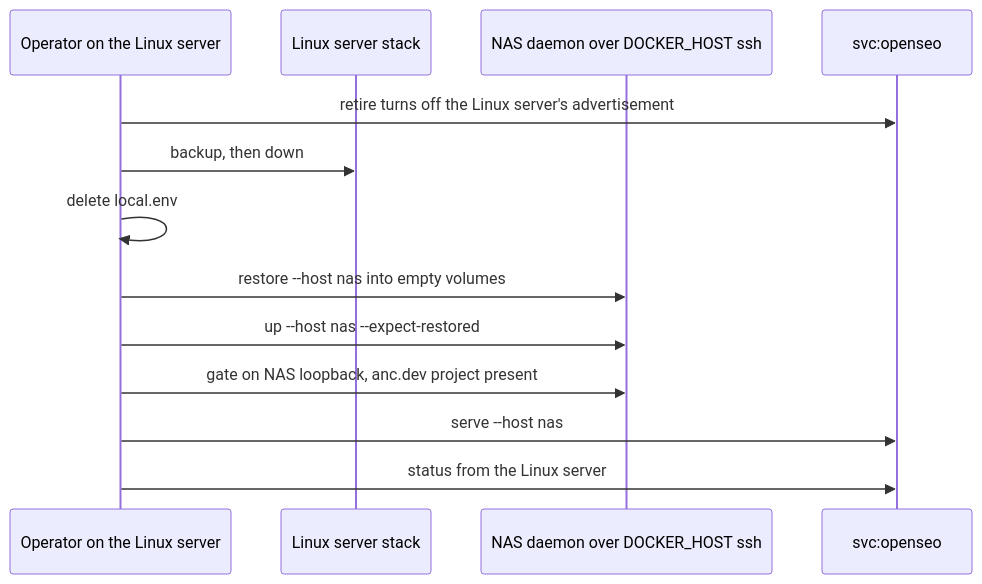
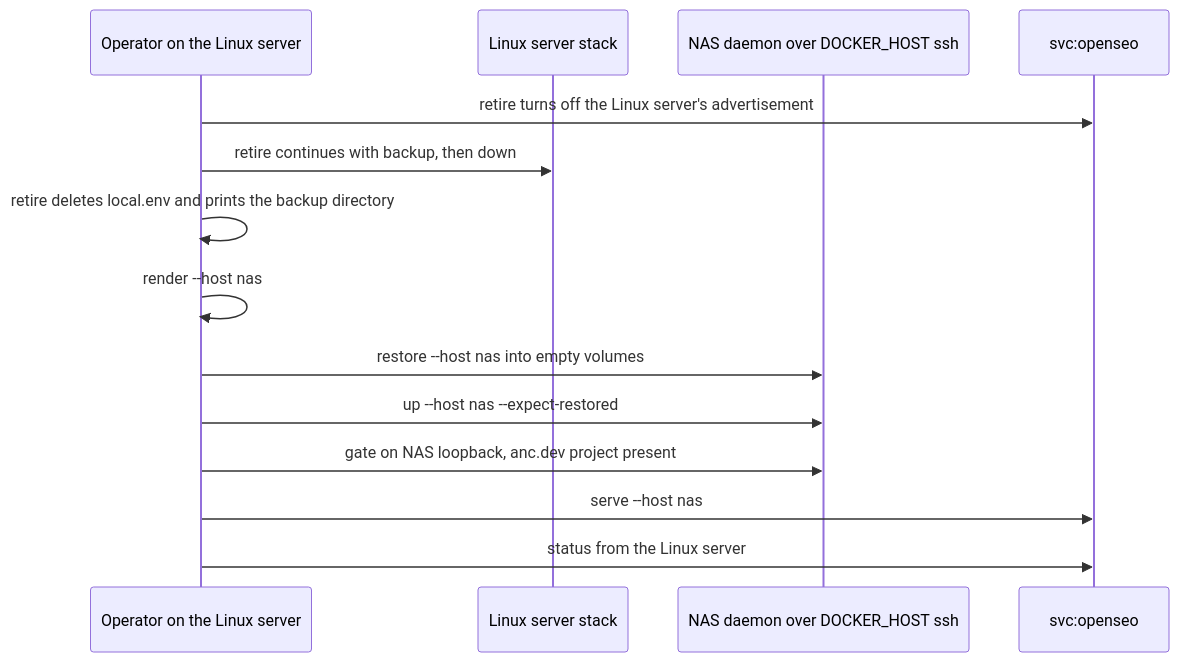
The fourth of 4 diagrams in docs/plans/2026-11-06-0100-feat-openseo-tailnet-service-plan.md (brettdavies/dotfiles), drawn with Mermaid before and after one commit. The commit also changed other lines of this file, not shown here.

````diff
--- a/docs/plans/2026-11-06-0100-feat-openseo-tailnet-service-plan.md
+++ b/docs/plans/2026-11-06-0100-feat-openseo-tailnet-service-plan.md
@@ -396,15 +410,16 @@
 ```mermaid
 sequenceDiagram
   participant Op as Operator on the Linux server
   participant L as Linux server stack
   participant N as NAS daemon over DOCKER_HOST ssh
   participant T as svc:openseo
   Op->>T: retire turns off the Linux server's advertisement
-  Op->>L: backup, then down
-  Op->>Op: delete local.env
+  Op->>L: retire continues with backup, then down
+  Op->>Op: retire deletes local.env and prints the backup directory
+  Op->>Op: render --host nas
   Op->>N: restore --host nas into empty volumes
   Op->>N: up --host nas --expect-restored
   Op->>N: gate on NAS loopback, anc.dev project present
   Op->>T: serve --host nas
   Op->>T: status from the Linux server
 ```
````
